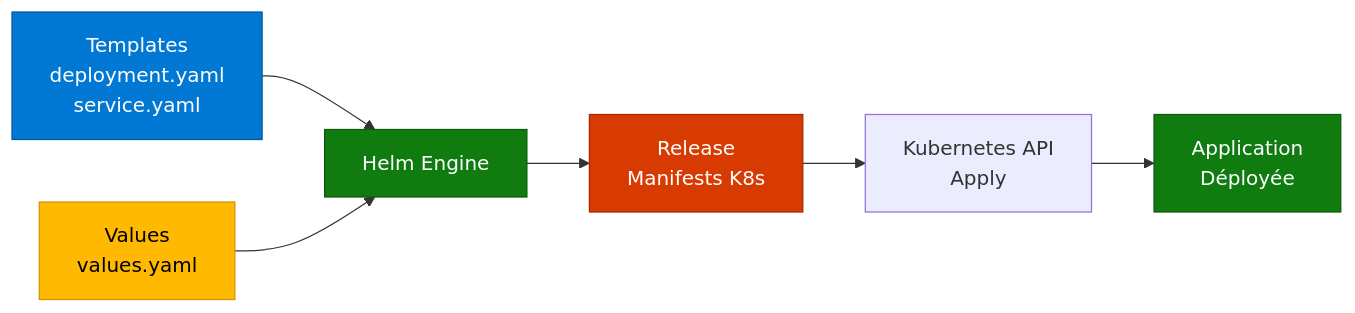
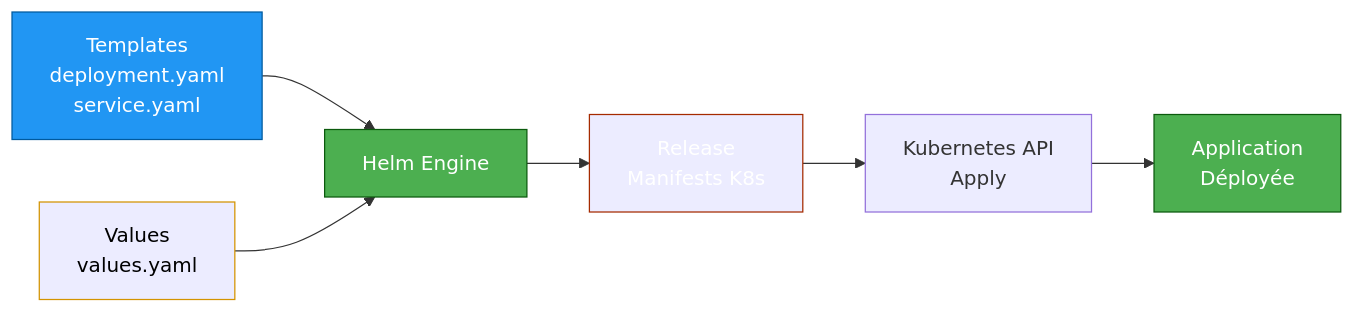
Before and after one commit to VBlackJack/ShellBook: the diagram in docs/devops/kubernetes-helm.md, drawn with Mermaid. The commit also changed 337 other files, not shown here.

First line of the commit message:
refactor(docs): Standardize code blocks and Mermaid colors

````diff
--- a/docs/devops/kubernetes-helm.md
+++ b/docs/devops/kubernetes-helm.md
@@ -18,16 +18,16 @@
 ```mermaid
 flowchart LR
     A[Templates<br/>deployment.yaml<br/>service.yaml] --> B[Helm Engine]
     C[Values<br/>values.yaml] --> B
 
     B --> D[Release<br/>Manifests K8s]
     D --> E[Kubernetes API<br/>Apply]
 
     E --> F[Application<br/>Déployée]
 
-    style A fill:#0078d4,stroke:#005a9e,color:#fff
-    style C fill:#ffb900,stroke:#d39300,color:#000
-    style B fill:#107c10,stroke:#0b5a0d,color:#fff
-    style D fill:#d83b01,stroke:#a52a00,color:#fff
-    style F fill:#107c10,stroke:#0b5a0d,color:#fff
+    style A fill:#2196F3,stroke:#005a9e,color:#fff
+    style C fill:#FF9800800800,stroke:#d39300,color:#000
+    style B fill:#4CAF50,stroke:#0b5a0d,color:#fff
+    style D fill:#FF9800800800,stroke:#a52a00,color:#fff
+    style F fill:#4CAF50,stroke:#0b5a0d,color:#fff
 ```
````
